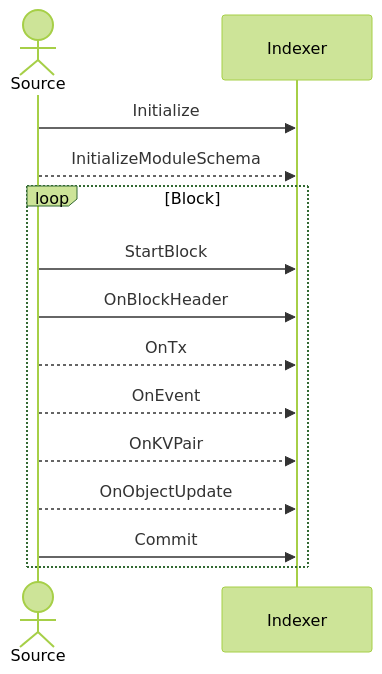
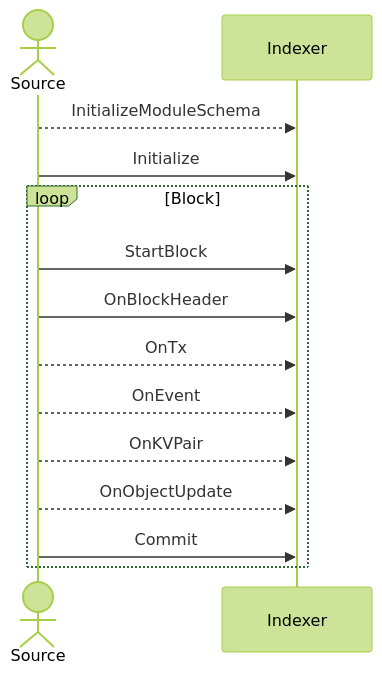
One commit to cosmos/cosmos-sdk changed the diagram in indexer/base/README.md. Above: the diagram before and after it, drawn with Mermaid (forest theme). The commit also changed other lines of this file and 2 other files, not shown here.

````diff
--- a/indexer/base/README.md
+++ b/indexer/base/README.md
@@ -11,16 +11,16 @@
 ```mermaid
 sequenceDiagram
     actor Source
-    participant Indexer    
+    participant Indexer
+    Source -->> Indexer: InitializeModuleSchema
     Source ->> Indexer: Initialize
-    Source -->> Indexer: InitializeModuleSchema
     loop Block
         Source ->> Indexer: StartBlock
         Source ->> Indexer: OnBlockHeader
         Source -->> Indexer: OnTx
         Source -->> Indexer: OnEvent
         Source -->> Indexer: OnKVPair
         Source -->> Indexer: OnObjectUpdate
         Source ->> Indexer: Commit
     end
 ```
````
